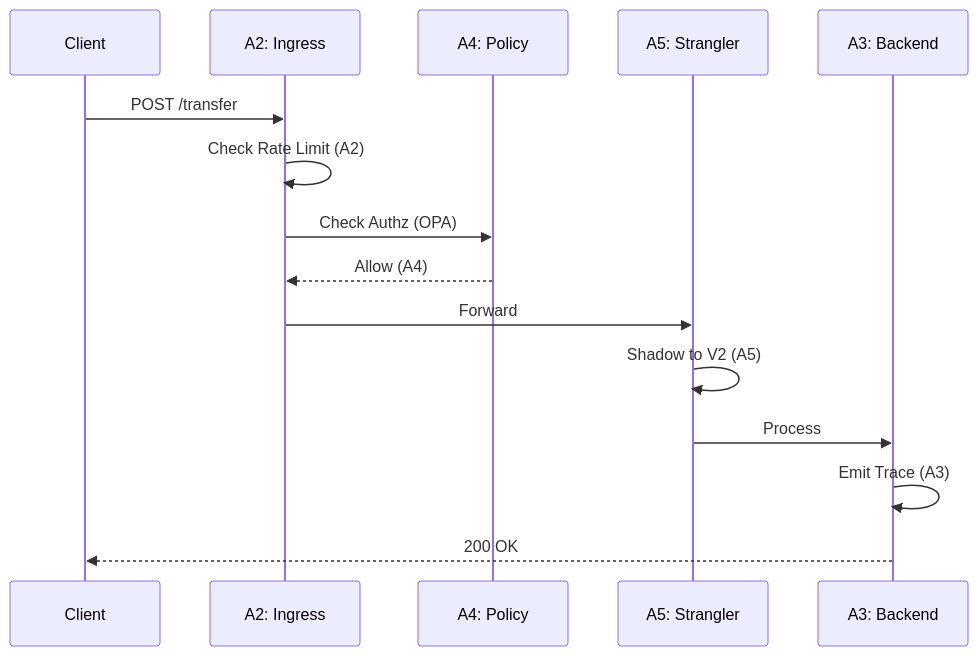
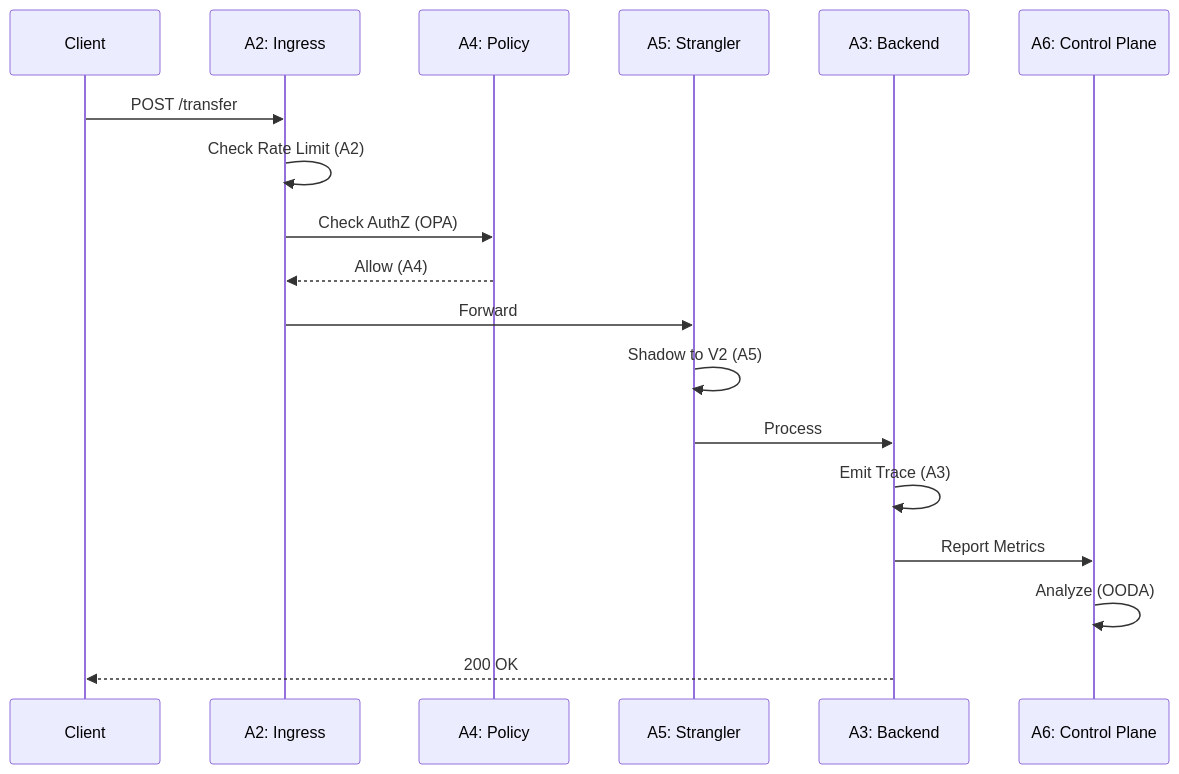
The fourth of 5 diagrams in src/app/[locale]/research/papers/a6-adaptive-policy-enforcement/A6-PAPER-FULL.md (gchaitanyabharath9/omnigcloud), drawn with Mermaid before and after one commit. The commit also changed other lines of this file and 1 other file, not shown here.

````diff
--- a/src/app/[locale]/research/papers/a6-adaptive-policy-enforcement/A6-PAPER-FULL.md
+++ b/src/app/[locale]/research/papers/a6-adaptive-policy-enforcement/A6-PAPER-FULL.md
@@ -125,22 +354,26 @@
 ```mermaid
 sequenceDiagram
     participant Client
     participant A2_Ingress as A2: Ingress
     participant A4_Policy as A4: Policy
     participant A5_Proxy as A5: Strangler
-    participant A3_backend as A3: Backend
+    participant A3_Backend as A3: Backend
+    participant A6_Control as A6: Control Plane
     
     Client->>A2_Ingress: POST /transfer
     A2_Ingress->>A2_Ingress: Check Rate Limit (A2)
     
-    A2_Ingress->>A4_Policy: Check Authz (OPA)
+    A2_Ingress->>A4_Policy: Check AuthZ (OPA)
     A4_Policy-->>A2_Ingress: Allow (A4)
     
     A2_Ingress->>A5_Proxy: Forward
     A5_Proxy->>A5_Proxy: Shadow to V2 (A5)
     
-    A5_Proxy->>A3_backend: Process
-    A3_backend->>A3_backend: Emit Trace (A3)
+    A5_Proxy->>A3_Backend: Process
+    A3_Backend->>A3_Backend: Emit Trace (A3)
     
-    A3_backend-->>Client: 200 OK
+    A3_Backend->>A6_Control: Report Metrics
+    A6_Control->>A6_Control: Analyze (OODA)
+    
+    A3_Backend-->>Client: 200 OK
 ```
````
